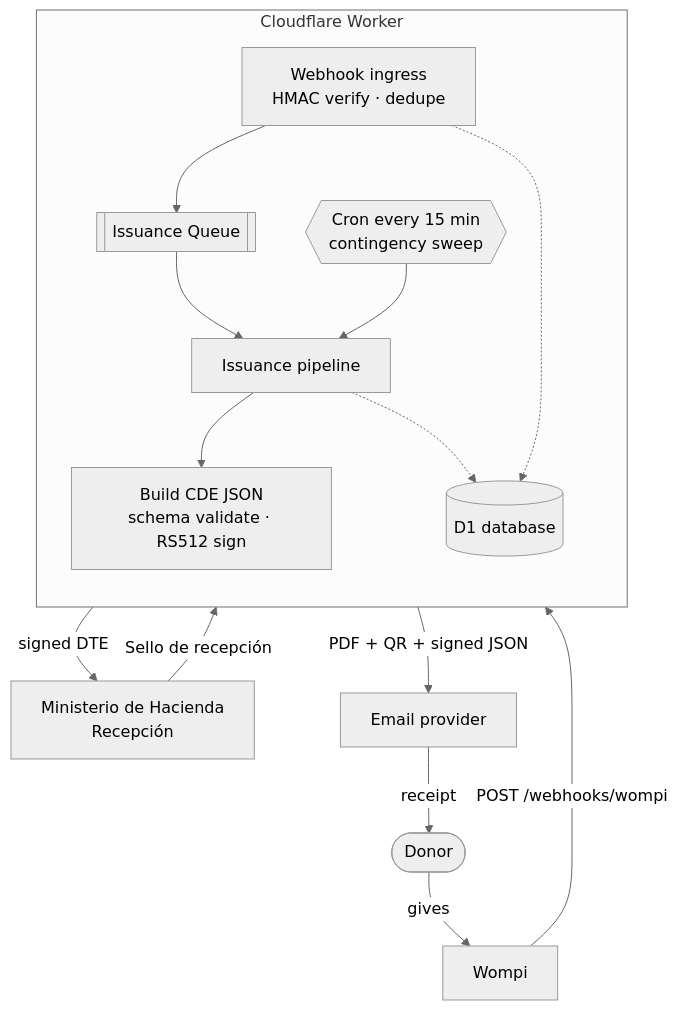
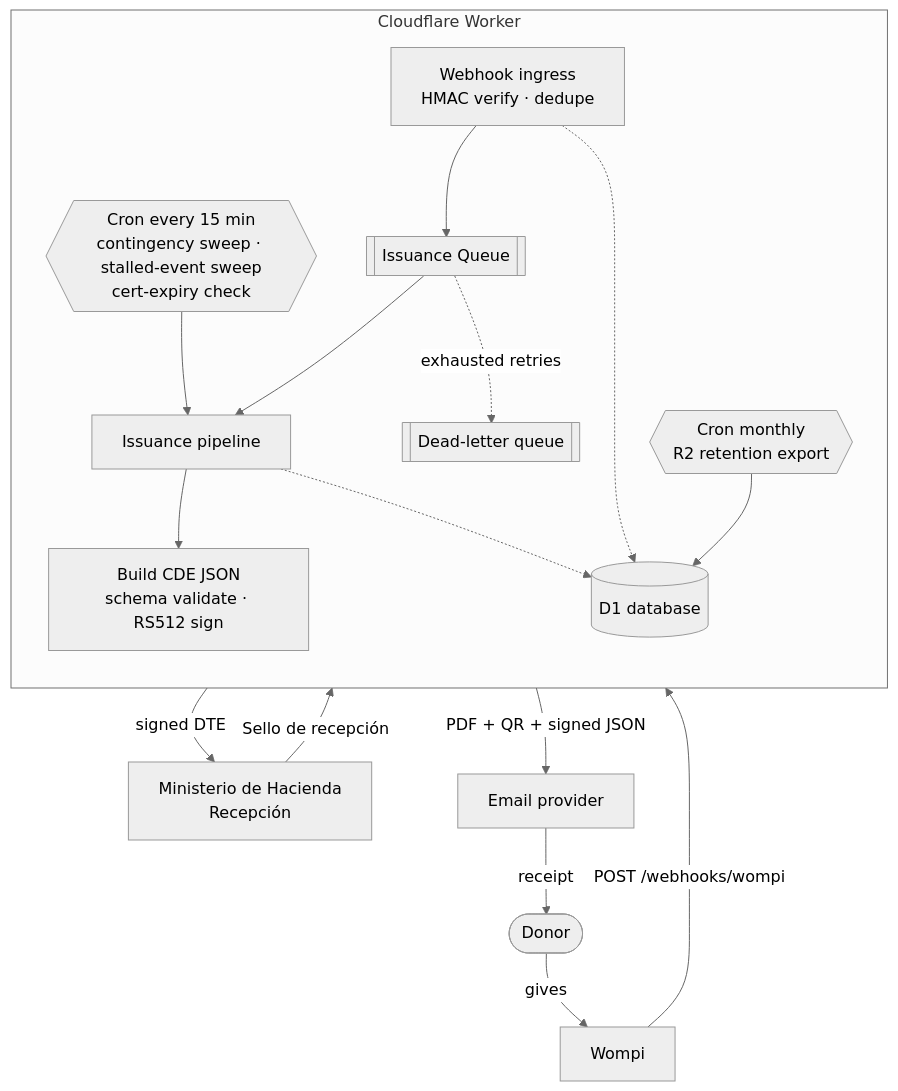
Before and after one commit to jomplox/DiezmosSV: the first of 2 diagrams in README.md, drawn with Mermaid (neutral theme). The commit also changed other lines of this file and 2 other files, not shown here.

````diff
--- a/README.md
+++ b/README.md
@@ -89,21 +97,23 @@
 ```mermaid
 flowchart TB
     Donor(["Donor"]) -->|gives| Wompi["Wompi"]
     Wompi -->|"POST /webhooks/wompi"| Ingress
 
     subgraph CF["Cloudflare Worker"]
         direction TB
         Ingress["Webhook ingress<br/>HMAC verify · dedupe"] --> Q[["Issuance Queue"]]
         Q --> Pipe["Issuance pipeline"]
+        Q -. exhausted retries .-> DLQ[["Dead-letter queue"]]
         Pipe --> Build["Build CDE JSON<br/>schema validate · RS512 sign"]
-        Cron{{"Cron every 15 min<br/>contingency sweep"}} --> Pipe
+        Cron{{"Cron every 15 min<br/>contingency sweep · stalled-event sweep<br/>cert-expiry check"}} --> Pipe
+        Retention{{"Cron monthly<br/>R2 retention export"}} --> DB
         DB[("D1 database")]
     end
 
     Build -->|signed DTE| MH["Ministerio de Hacienda<br/>Recepción"]
     MH -->|Sello de recepción| Pipe
     Pipe -->|PDF + QR + signed JSON| Mail["Email provider"]
     Mail -->|receipt| Donor
     Ingress -.-> DB
     Pipe -.-> DB
 ```
````
